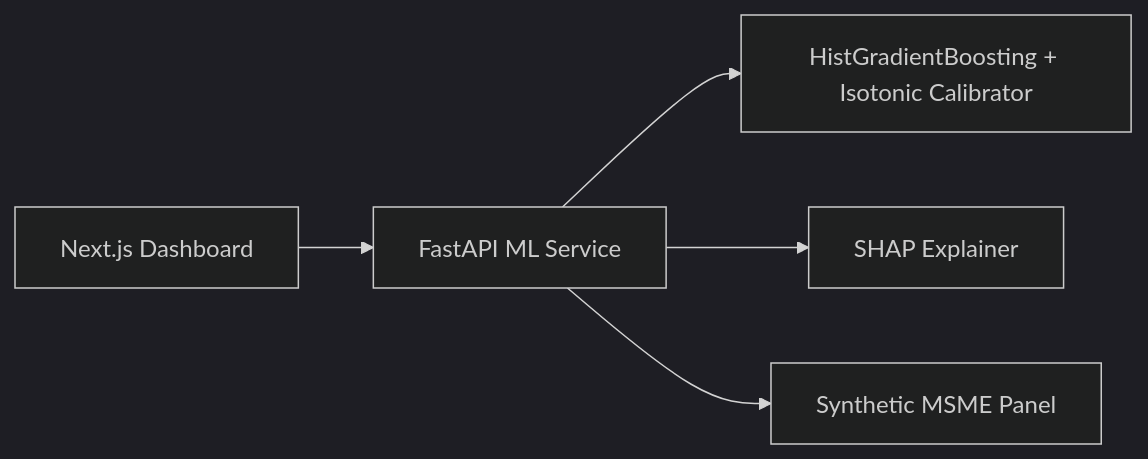
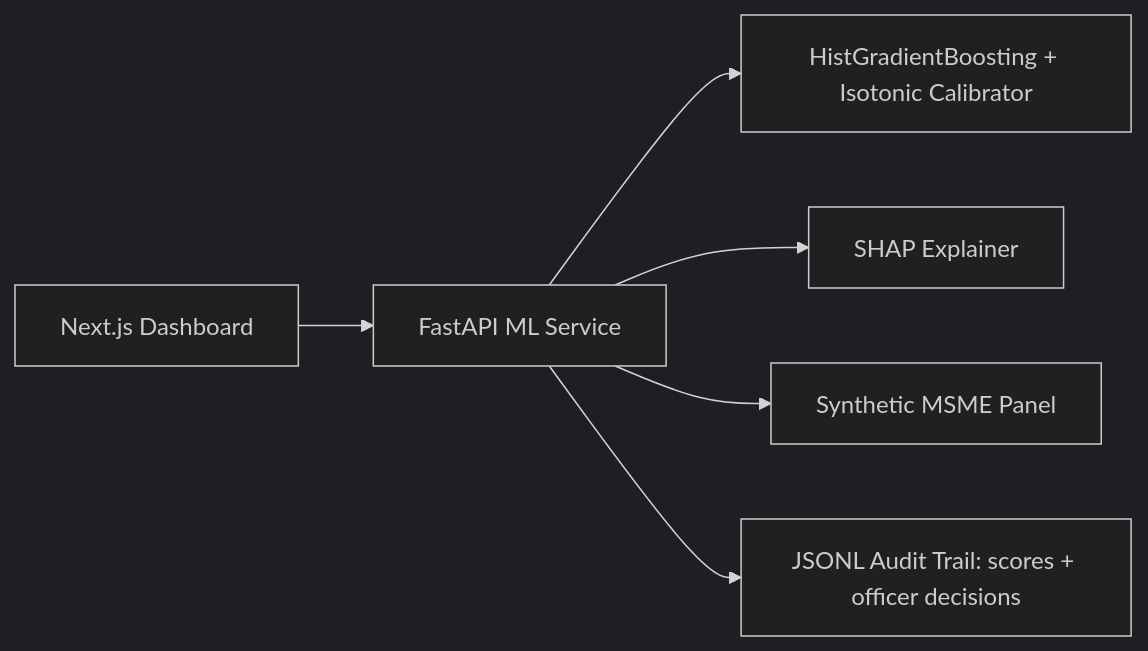
One commit to abbas-sd17/sentinel-idbi changed the diagram in docs/ARCHITECTURE.md. Above: the diagram before and after it, drawn with Mermaid (dark theme). The commit also changed other lines of this file and 44 other files, not shown here.

````diff
--- a/docs/ARCHITECTURE.md
+++ b/docs/ARCHITECTURE.md
@@ -7,7 +7,8 @@
 ```mermaid
 flowchart LR
   UI[Next.js Dashboard] --> API[FastAPI ML Service]
   API --> Model[HistGradientBoosting + Isotonic Calibrator]
   API --> SHAP[SHAP Explainer]
   API --> Data[Synthetic MSME Panel]
+  API --> Audit[JSONL Audit Trail: scores + officer decisions]
 ```
````
